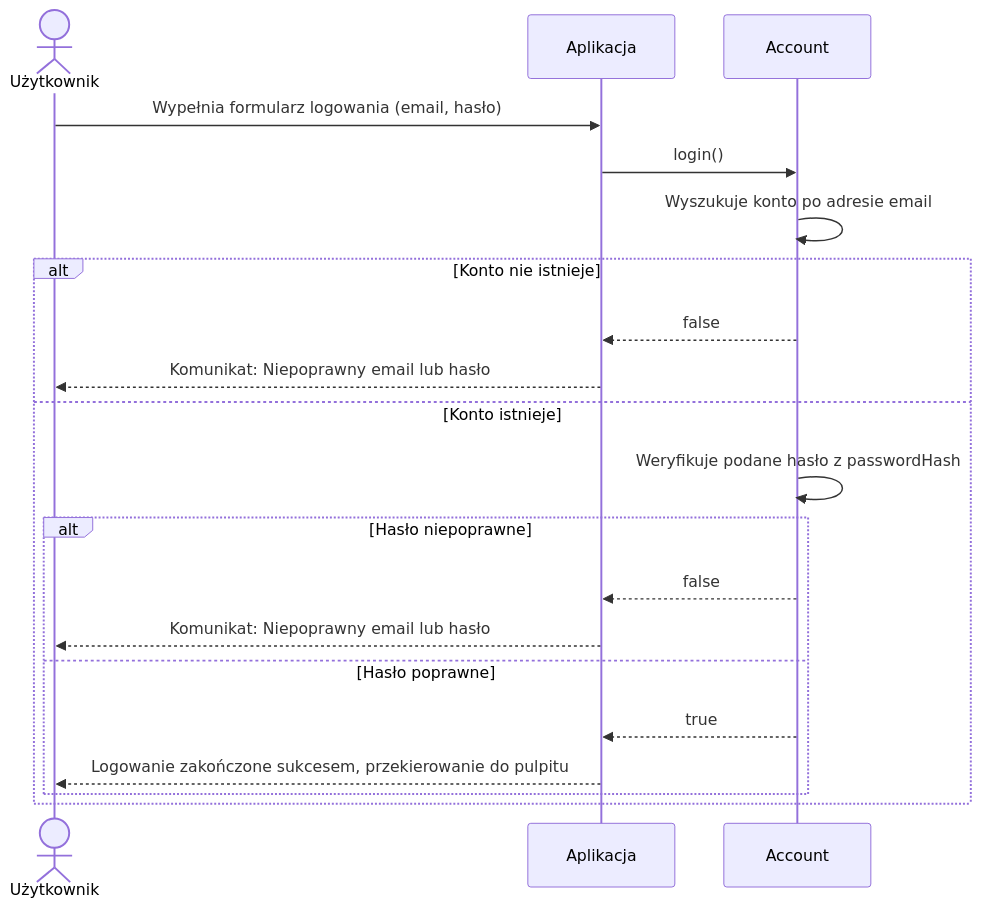
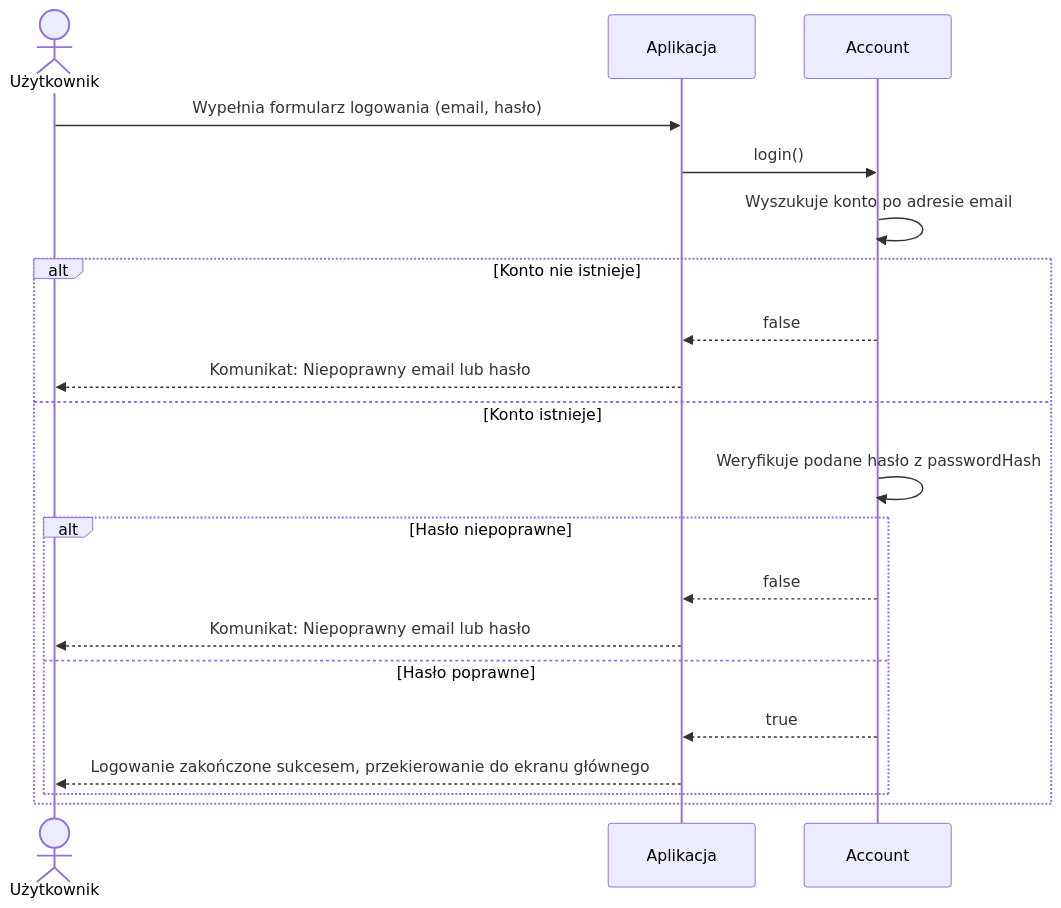
One commit to Tarnuchy/EggJob changed the diagram in docs/zadanie4/diagramy sekwencji/logowania.md. Above: the diagram before and after it, drawn with Mermaid. The commit also changed 3 other files, not shown here.

````diff
--- a/docs/zadanie4/diagramy sekwencji/logowania.md
+++ b/docs/zadanie4/diagramy sekwencji/logowania.md
@@ -3,25 +3,25 @@
 ```mermaid
 sequenceDiagram
     actor U as Użytkownik
     participant UI as Aplikacja
     participant Acc as Account
 
     U->>UI: Wypełnia formularz logowania (email, hasło)
     UI->>Acc: login()
 
     Acc->>Acc: Wyszukuje konto po adresie email
     
     alt Konto nie istnieje
         Acc-->>UI: false
         UI-->>U: Komunikat: Niepoprawny email lub hasło
     else Konto istnieje
         Acc->>Acc: Weryfikuje podane hasło z passwordHash
         alt Hasło niepoprawne
             Acc-->>UI: false
             UI-->>U: Komunikat: Niepoprawny email lub hasło
         else Hasło poprawne
             Acc-->>UI: true
-            UI-->>U: Logowanie zakończone sukcesem, przekierowanie do pulpitu
+            UI-->>U: Logowanie zakończone sukcesem, przekierowanie do ekranu głównego
         end
     end
 ```
````
